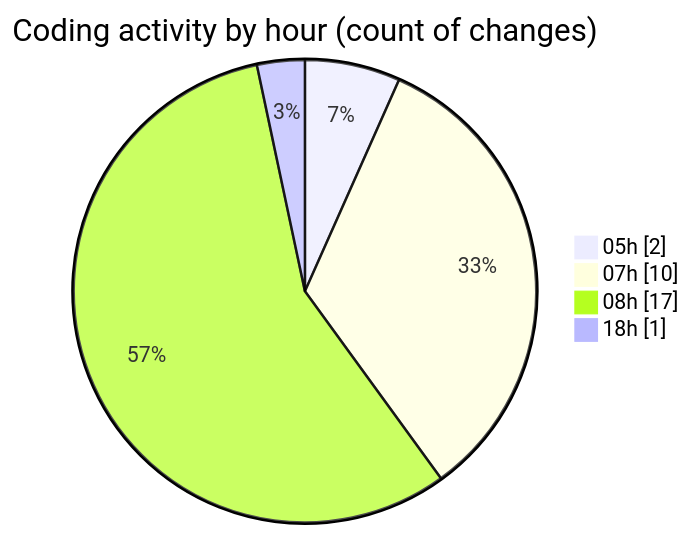
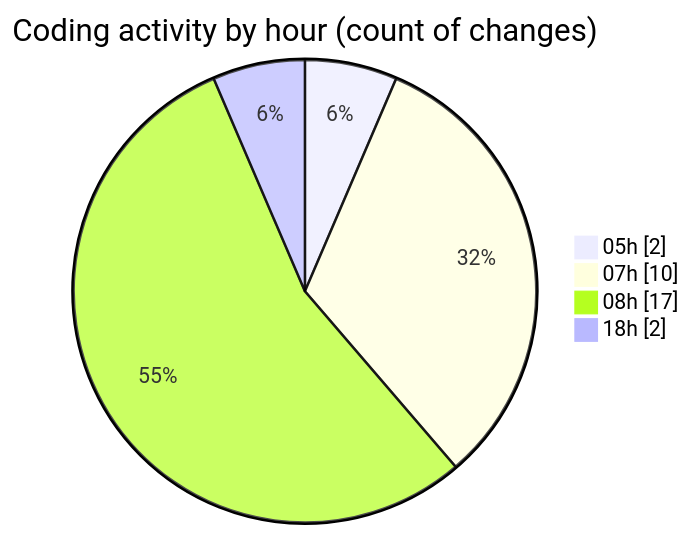
The second of 2 diagrams in 2025-04-08/sungpt/README.md (Elitesun/code-tracking), drawn with Mermaid before and after one commit. The commit also changed other lines of this file and 1 other file, not shown here.

````diff
--- a/2025-04-08/sungpt/README.md
+++ b/2025-04-08/sungpt/README.md
@@ -36,8 +36,8 @@
 ```mermaid
 pie showData
 title Coding activity by hour (count of changes)
 "05h" : 2
 "07h" : 10
 "08h" : 17
-"18h" : 1
+"18h" : 2
 ```
````
